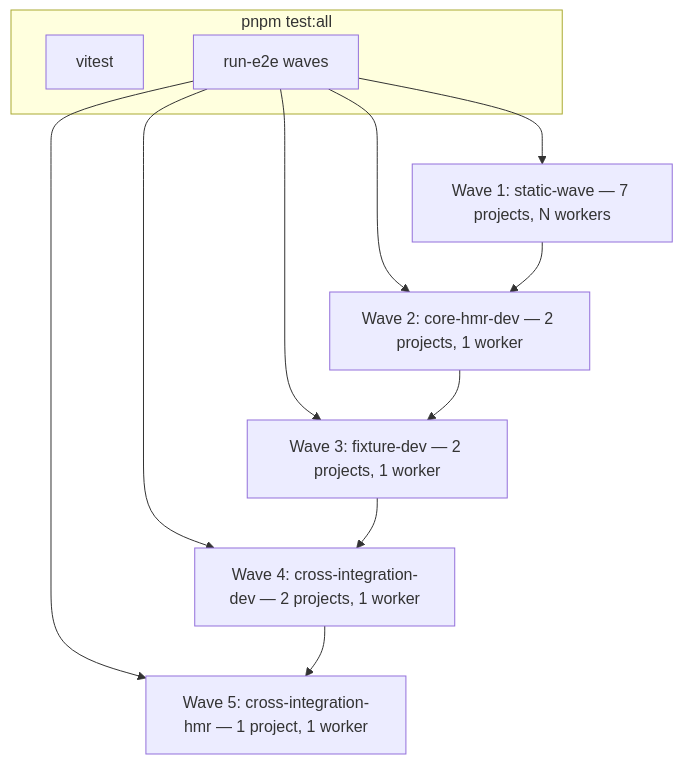
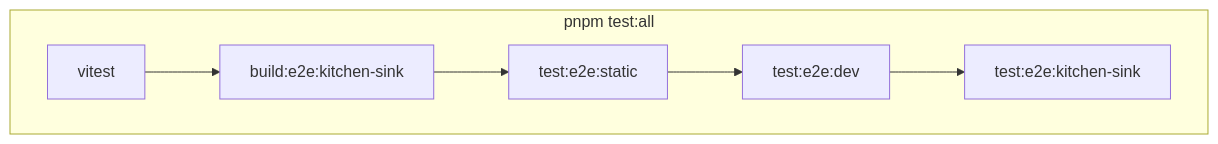
The diagram in docs/e2e-test-plan.md (ecopages/ecopages), drawn with Mermaid before and after one commit. The commit also changed other lines of this file and 36 other files, not shown here.

````diff
--- a/docs/e2e-test-plan.md
+++ b/docs/e2e-test-plan.md
@@ -256,15 +227,12 @@
 ```mermaid
 flowchart TD
   subgraph gate [pnpm test:all]
     V[vitest]
-    E[run-e2e waves]
+    B[build:e2e:kitchen-sink]
+    S[test:e2e:static]
+    D[test:e2e:dev]
+    K[test:e2e:kitchen-sink]
   end
 
-  E --> W1[Wave 1: static-wave — 7 projects, N workers]
-  E --> W2[Wave 2: core-hmr-dev — 2 projects, 1 worker]
-  E --> W3[Wave 3: fixture-dev — 2 projects, 1 worker]
-  E --> W4[Wave 4: cross-integration-dev — 2 projects, 1 worker]
-  E --> W5[Wave 5: cross-integration-hmr — 1 project, 1 worker]
-
-  W1 --> W2 --> W3 --> W4 --> W5
+  V --> B --> S --> D --> K
 ```
````
